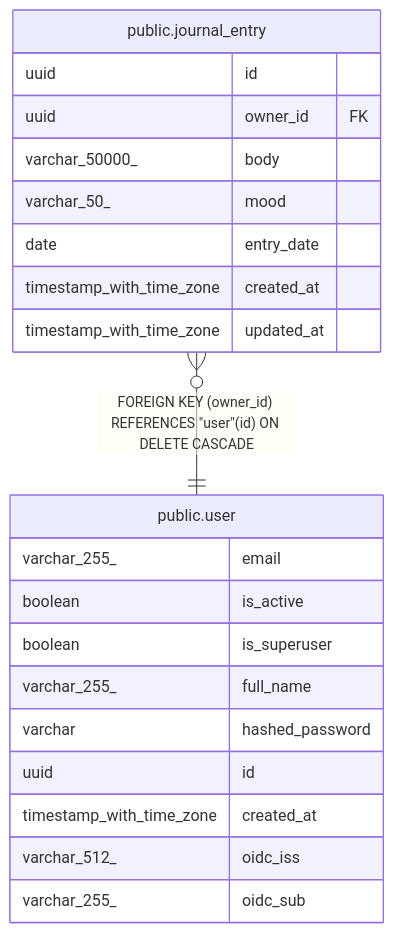
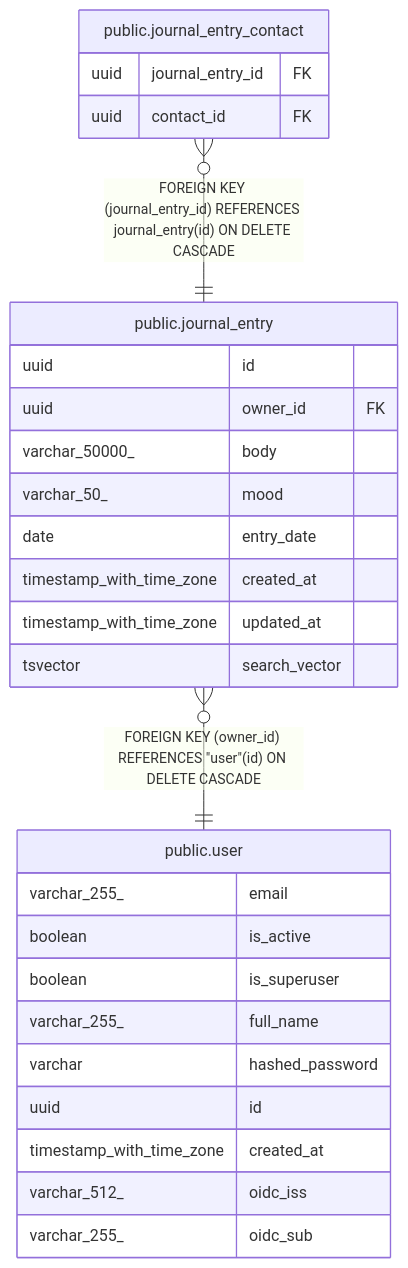
One commit to pike00/Kindred changed the diagram in docs/db/public.journal_entry.md. Above: the diagram before and after it, drawn with Mermaid. The commit also changed other lines of this file and 32 other files, not shown here.

Commit message:
docs: regenerate db schema docs (tbls) — sync with live schema

````diff
--- a/docs/db/public.journal_entry.md
+++ b/docs/db/public.journal_entry.md
@@ -42,26 +50,32 @@
 ```mermaid
 erDiagram
 
+"public.journal_entry_contact" }o--|| "public.journal_entry" : "FOREIGN KEY (journal_entry_id) REFERENCES journal_entry(id) ON DELETE CASCADE"
 "public.journal_entry" }o--|| "public.user" : "FOREIGN KEY (owner_id) REFERENCES #quot;user#quot;(id) ON DELETE CASCADE"
 
 "public.journal_entry" {
   uuid id
   uuid owner_id FK
   varchar_50000_ body
   varchar_50_ mood
   date entry_date
   timestamp_with_time_zone created_at
   timestamp_with_time_zone updated_at
+  tsvector search_vector
+}
+"public.journal_entry_contact" {
+  uuid journal_entry_id FK
+  uuid contact_id FK
 }
 "public.user" {
   varchar_255_ email
   boolean is_active
   boolean is_superuser
   varchar_255_ full_name
   varchar hashed_password
   uuid id
   timestamp_with_time_zone created_at
   varchar_512_ oidc_iss
   varchar_255_ oidc_sub
 }
 ```
````
